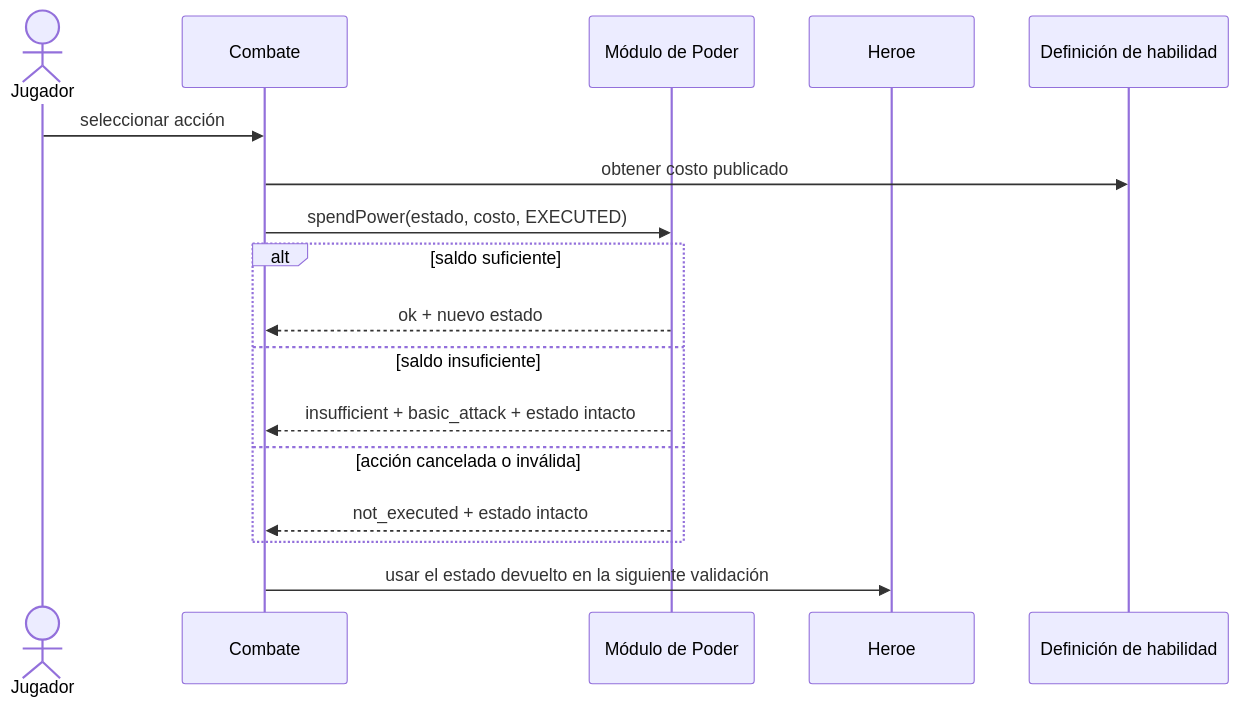
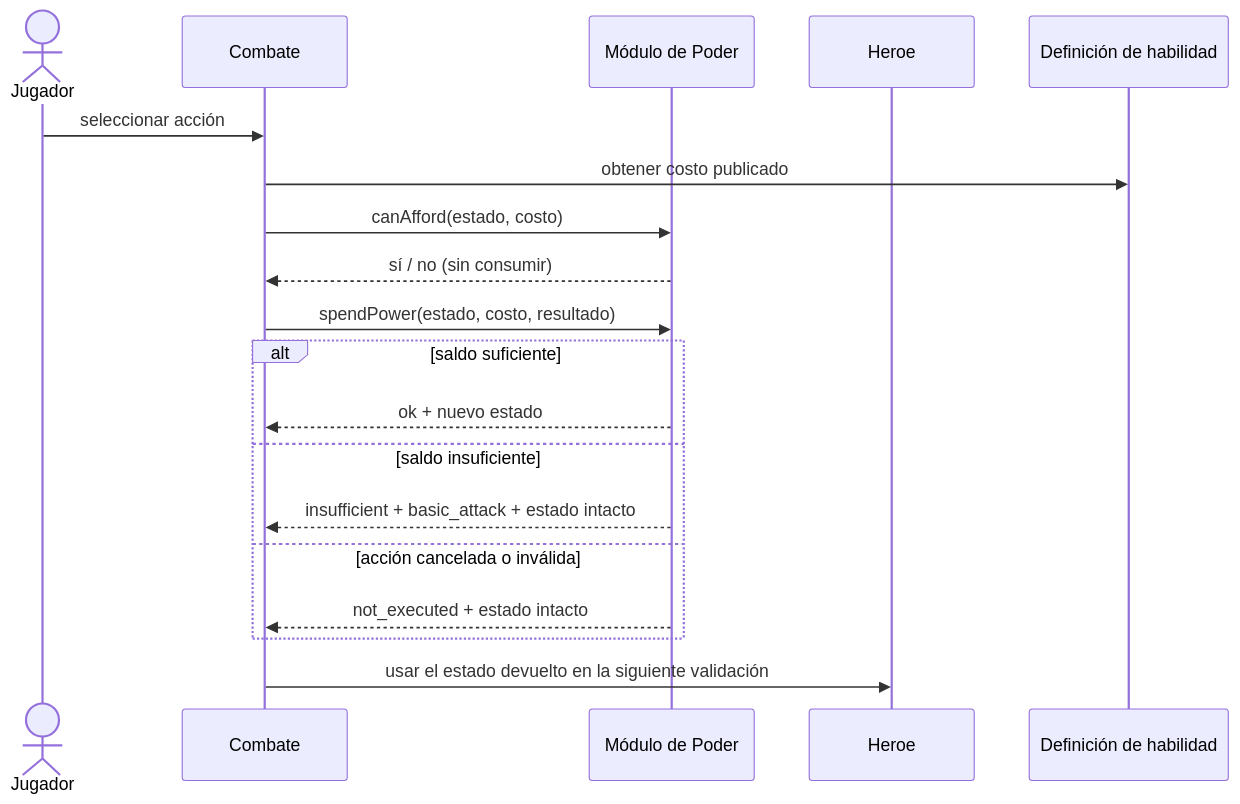
The second of 3 diagrams in docs/hu-11-power.md (Nexus-Battle-VI/Nexus-Battle-Player-Inventory), drawn with Mermaid before and after one commit. The commit also changed other lines of this file and 3 other files, not shown here.

````diff
--- a/docs/hu-11-power.md
+++ b/docs/hu-11-power.md
@@ -64,20 +133,22 @@
 ```mermaid
 sequenceDiagram
   actor Jugador
   participant Combate
   participant Poder as Módulo de Poder
   participant Heroe
   participant Catalog as Definición de habilidad
 
   Jugador->>Combate: seleccionar acción
   Combate->>Catalog: obtener costo publicado
-  Combate->>Poder: spendPower(estado, costo, EXECUTED)
+  Combate->>Poder: canAfford(estado, costo)
+  Poder-->>Combate: sí / no (sin consumir)
+  Combate->>Poder: spendPower(estado, costo, resultado)
   alt saldo suficiente
     Poder-->>Combate: ok + nuevo estado
   else saldo insuficiente
     Poder-->>Combate: insufficient + basic_attack + estado intacto
   else acción cancelada o inválida
     Poder-->>Combate: not_executed + estado intacto
   end
   Combate->>Heroe: usar el estado devuelto en la siguiente validación
 ```
````
